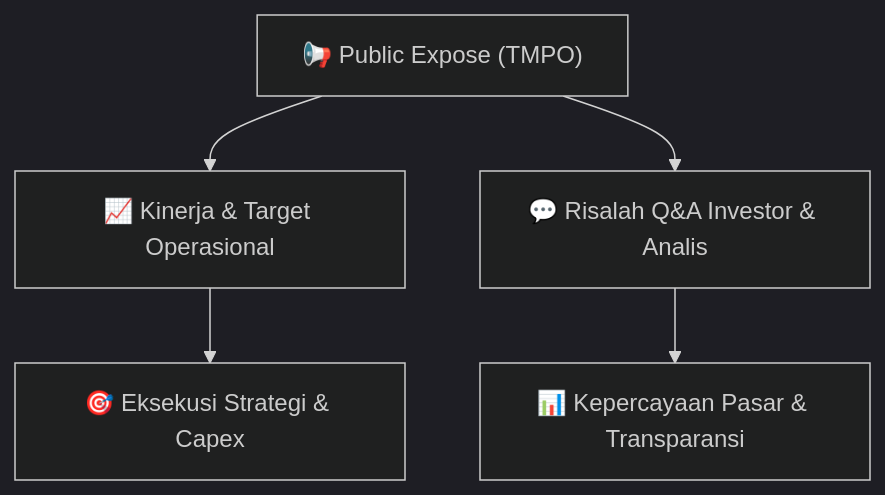
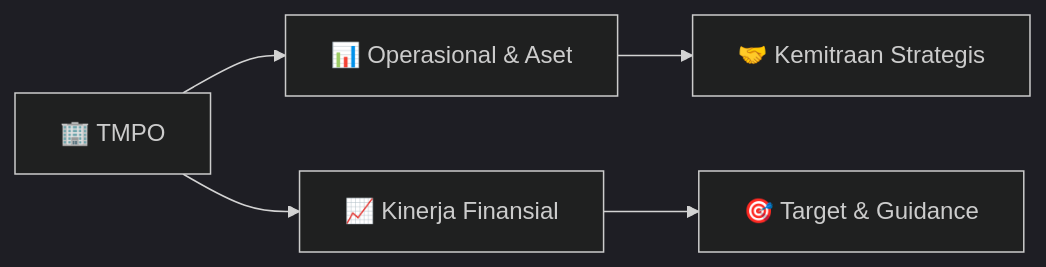
The diagram in Finplan_analyst/knowledge-base/public-exposes/informasi-pubex/TMPO_Public_Expose_20260901.md (anYoneo/alphadigest-idx), drawn with Mermaid (dark theme) before and after one commit. The commit also changed other lines of this file and 526 other files, not shown here.

````diff
--- a/Finplan_analyst/knowledge-base/public-exposes/informasi-pubex/TMPO_Public_Expose_20260901.md
+++ b/Finplan_analyst/knowledge-base/public-exposes/informasi-pubex/TMPO_Public_Expose_20260901.md
@@ -18,7 +241,7 @@
 ```mermaid
-flowchart TD
-    A["📢 Public Expose (TMPO)"] --> B["📈 Kinerja & Target Operasional"]
-    A --> C["💬 Risalah Q&A Investor & Analis"]
-    B --> D["🎯 Eksekusi Strategi & Capex"]
-    C --> E["📊 Kepercayaan Pasar & Transparansi"]
+flowchart LR
+    A["🏢 TMPO"] --> B["📊 Operasional & Aset"]
+    A --> C["📈 Kinerja Finansial"]
+    B --> D["🤝 Kemitraan Strategis"]
+    C --> E["🎯 Target & Guidance"]
 ```
````
